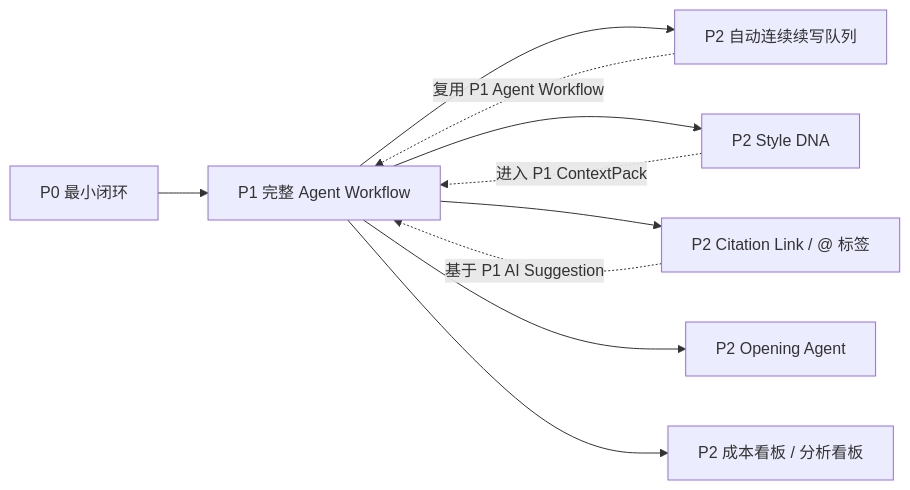
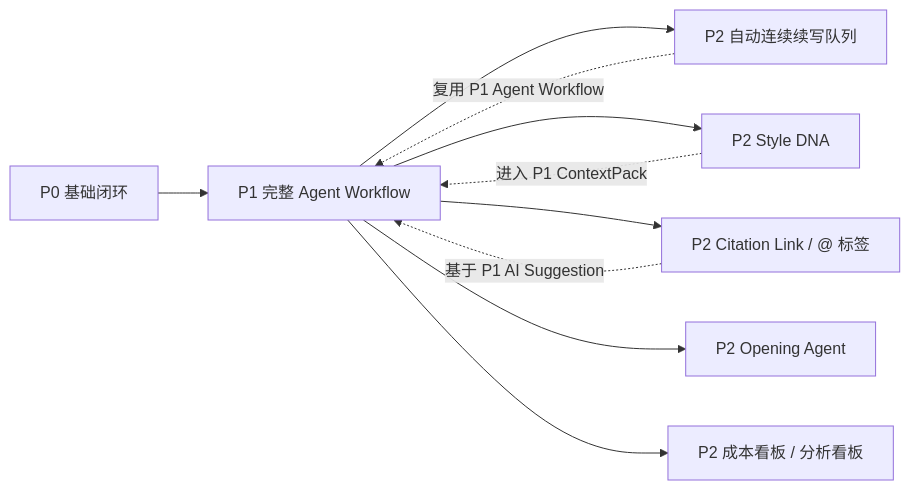
Before and after one commit to octsfm/InkTrace: the second of 7 diagrams in docs/03_design/InkTrace-V2.0-P1-详细设计总纲.md, drawn with Mermaid. The commit also changed other lines of this file and 101 other files, not shown here.

````diff
--- a/docs/03_design/InkTrace-V2.0-P1-详细设计总纲.md
+++ b/docs/03_design/InkTrace-V2.0-P1-详细设计总纲.md
@@ -339,13 +380,13 @@
 ```mermaid
 flowchart LR
-    P0["P0 最小闭环"] --> P1["P1 完整 Agent Workflow"]
+    P0["P0 基础闭环"] --> P1["P1 完整 Agent Workflow"]
     P1 --> P2Auto["P2 自动连续续写队列"]
     P1 --> P2Style["P2 Style DNA"]
     P1 --> P2Cite["P2 Citation Link / @ 标签"]
     P1 --> P2Open["P2 Opening Agent"]
     P1 --> P2Cost["P2 成本看板 / 分析看板"]
 
     P2Auto -. "复用 P1 Agent Workflow" .-> P1
     P2Style -. "进入 P1 ContextPack" .-> P1
     P2Cite -. "基于 P1 AI Suggestion" .-> P1
 ```
````
